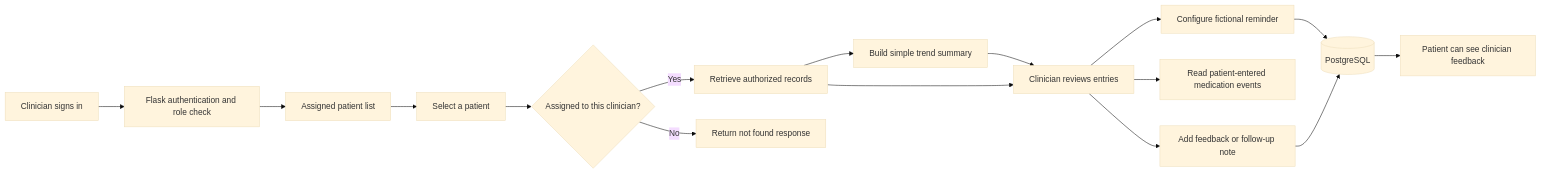
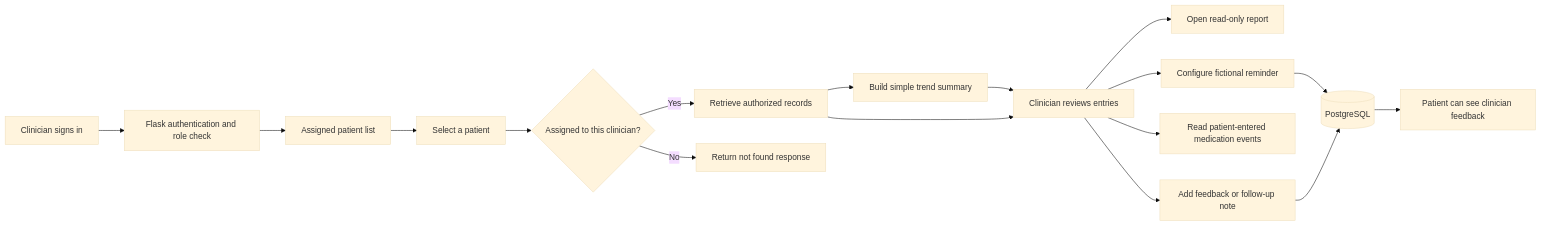
Before and after one commit to R-gitonga/AfyaGlyco: the fourth of 7 diagrams in docs/system-tutorials.md, drawn with Mermaid (base theme). The commit also changed other lines of this file and 15 other files, not shown here.

Commit message:
Complete Sprint 8 read-only reports

````diff
--- a/docs/system-tutorials.md
+++ b/docs/system-tutorials.md
@@ -121,26 +128,28 @@
 ```mermaid
 flowchart LR
     Clinician[Clinician signs in]
     Auth[Flask authentication and role check]
     List[Assigned patient list]
     Select[Select a patient]
     Assignment{Assigned to this clinician?}
     Records[Retrieve authorized records]
     Trend[Build simple trend summary]
     Review[Clinician reviews entries]
+    Report[Open read-only report]
     Reminder[Configure fictional reminder]
     Events[Read patient-entered medication events]
     Note[Add feedback or follow-up note]
     Store[(PostgreSQL)]
     PatientView[Patient can see clinician feedback]
 
     Clinician --> Auth --> List --> Select --> Assignment
     Assignment -->|Yes| Records
     Assignment -->|No| Denied[Return not found response]
     Records --> Trend --> Review
     Records --> Review
     Review --> Reminder --> Store
     Review --> Events
+    Review --> Report
     Review --> Note --> Store
     Store --> PatientView
 ```
````
